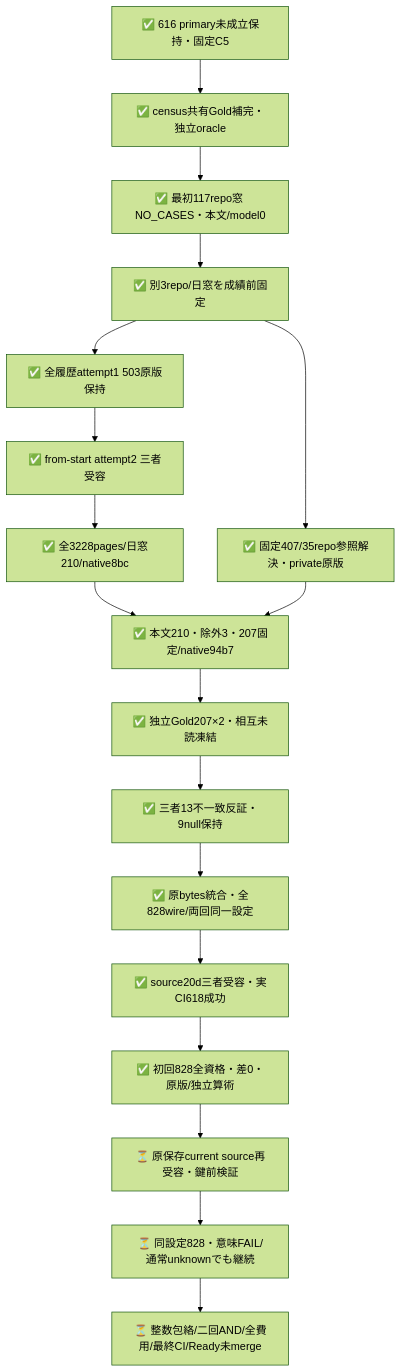
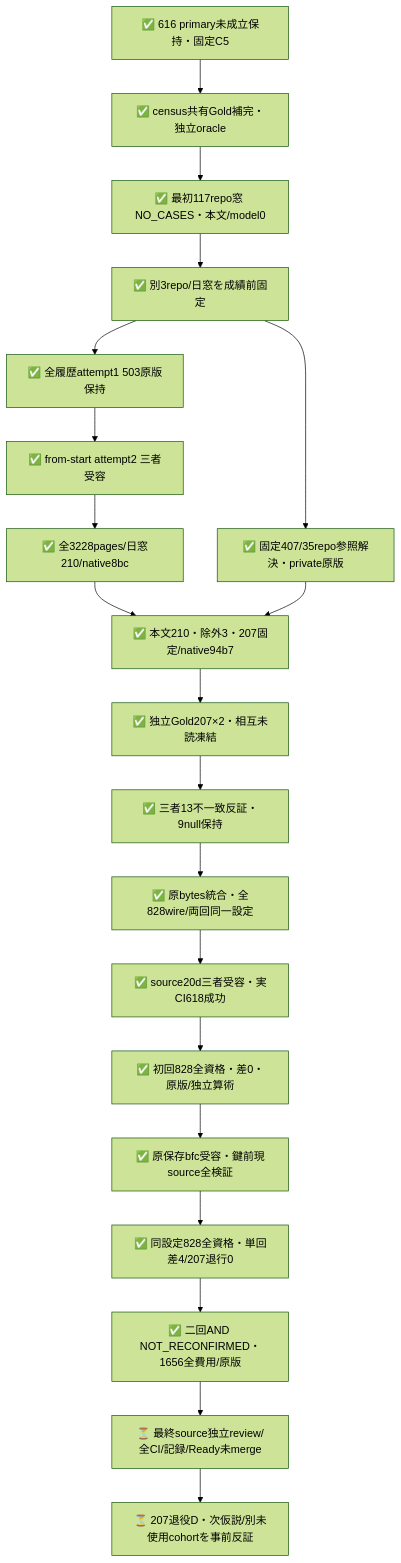
The second of 2 diagrams in experiments/sys1-eval-loop/census/README.md (roccho-org/ops), drawn with Mermaid (forest theme) before and after one commit. The commit also changed other lines of this file and 11 other files, not shown here.

````diff
--- a/experiments/sys1-eval-loop/census/README.md
+++ b/experiments/sys1-eval-loop/census/README.md
@@ -110,20 +133,22 @@
 ```mermaid
 flowchart TB
   OLD[✅ 616 primary未成立保持・固定C5] --> MATH[✅ census共有Gold補完・独立oracle]
   MATH --> ZERO[✅ 最初117repo窓 NO_CASES・本文/model0]
   ZERO --> SCOPE[✅ 別3repo/日窓を成績前固定]
   SCOPE --> FAIL[✅ 全履歴attempt1 503原版保持]
   FAIL --> RECOVERY[✅ from-start attempt2 三者受容]
   RECOVERY --> META[✅ 全3228pages/日窓210/native8bc]
   SCOPE --> PRIOR[✅ 固定407/35repo参照解決・private原版]
   META --> BODY[✅ 本文210・除外3・207固定/native94b7]
   PRIOR --> BODY
   BODY --> INITIAL[✅ 独立Gold207×2・相互未読凍結]
   INITIAL --> GOLD[✅ 三者13不一致反証・9null保持]
   GOLD --> DATA[✅ 原bytes統合・全828wire/両回同一設定]
   DATA --> REVIEW[✅ source20d三者受容・実CI618成功]
   REVIEW --> H1[✅ 初回828全資格・差0・原版/独立算術]
-  H1 --> CLOSED[⏳ 原保存current source再受容・鍵前検証]
-  CLOSED --> H2[⏳ 同設定828・意味FAIL/通常unknownでも継続]
-  H2 --> END[⏳ 整数包絡/二回AND/全費用/最終CI/Ready未merge]
+  H1 --> CLOSED[✅ 原保存bfc受容・鍵前現source全検証]
+  CLOSED --> H2[✅ 同設定828全資格・単回差4/207退行0]
+  H2 --> RESULT[✅ 二回AND NOT_RECONFIRMED・1656全費用/原版]
+  RESULT --> END[⏳ 最終source独立review/全CI/記録/Ready未merge]
+  END --> NEXT[⏳ 207退役D・次仮説/別未使用cohortを事前反証]
 ```
````
